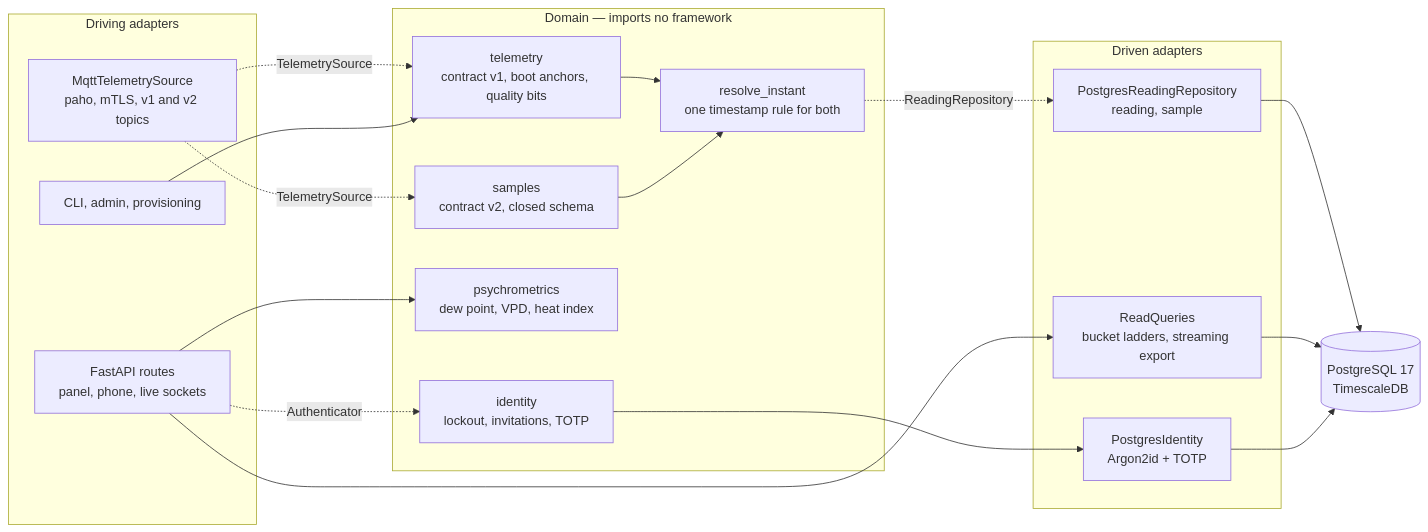
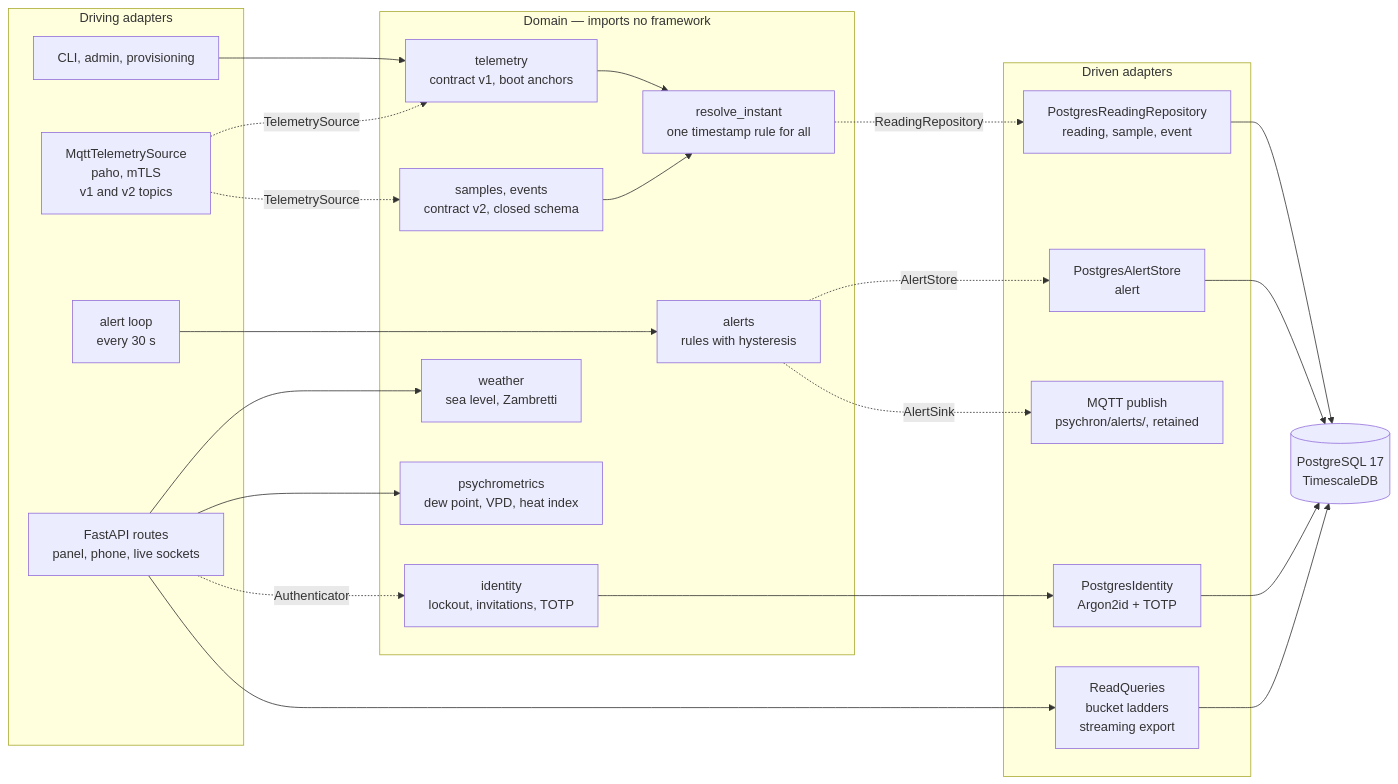
The second of 5 diagrams in README.md (Zoel-Manchon/psychron), drawn with Mermaid before and after one commit. The commit also changed other lines of this file and 5 other files, not shown here.

````diff
--- a/README.md
+++ b/README.md
@@ -85,38 +87,48 @@
 ```mermaid
 flowchart LR
     subgraph driving["Driving adapters"]
-        MQTT["MqttTelemetrySource<br/>paho, mTLS, v1 and v2 topics"]
+        CLI["CLI, admin, provisioning"]
+        MQTT["MqttTelemetrySource<br/>paho, mTLS<br/>v1 and v2 topics"]
+        TICK["alert loop<br/>every 30 s"]
         HTTP["FastAPI routes<br/>panel, phone, live sockets"]
-        CLI["CLI, admin, provisioning"]
     end
 
     subgraph core["Domain — imports no framework"]
-        TEL["telemetry<br/>contract v1, boot anchors, quality bits"]
-        SMP["samples<br/>contract v2, closed schema"]
-        CLK["resolve_instant<br/>one timestamp rule for both"]
+        TEL["telemetry<br/>contract v1, boot anchors"]
+        SMP["samples, events<br/>contract v2, closed schema"]
+        CLK["resolve_instant<br/>one timestamp rule for all"]
+        ALR["alerts<br/>rules with hysteresis"]
+        WEA["weather<br/>sea level, Zambretti"]
         PSY["psychrometrics<br/>dew point, VPD, heat index"]
         IDN["identity<br/>lockout, invitations, TOTP"]
     end
 
     subgraph out["Driven adapters"]
-        PG["PostgresReadingRepository<br/>reading, sample"]
-        RQ["ReadQueries<br/>bucket ladders, streaming export"]
+        PG["PostgresReadingRepository<br/>reading, sample, event"]
+        AST["PostgresAlertStore<br/>alert"]
+        PUB["MQTT publish<br/>psychron/alerts/, retained"]
         IDP["PostgresIdentity<br/>Argon2id + TOTP"]
+        RQ["ReadQueries<br/>bucket ladders<br/>streaming export"]
     end
 
     DB[("PostgreSQL 17<br/>TimescaleDB")]
 
+    CLI --> TEL
     MQTT -.->|"TelemetrySource"| TEL
     MQTT -.->|"TelemetrySource"| SMP
     TEL --> CLK
     SMP --> CLK
     CLK -.->|"ReadingRepository"| PG
+    TICK --> ALR
+    ALR -.->|"AlertStore"| AST
+    ALR -.->|"AlertSink"| PUB
+    HTTP --> WEA
     HTTP --> PSY
     HTTP -.->|"Authenticator"| IDN
     HTTP --> RQ
-    CLI --> TEL
     IDN --> IDP
     PG --> DB
+    AST --> DB
+    IDP --> DB
     RQ --> DB
-    IDP --> DB
 ```
````
